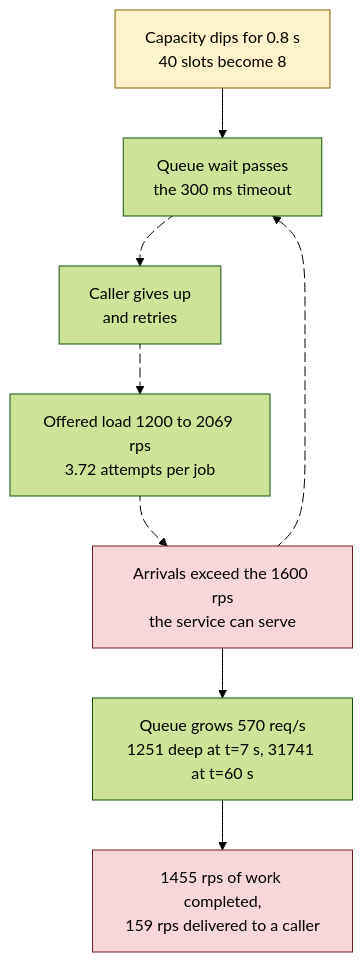
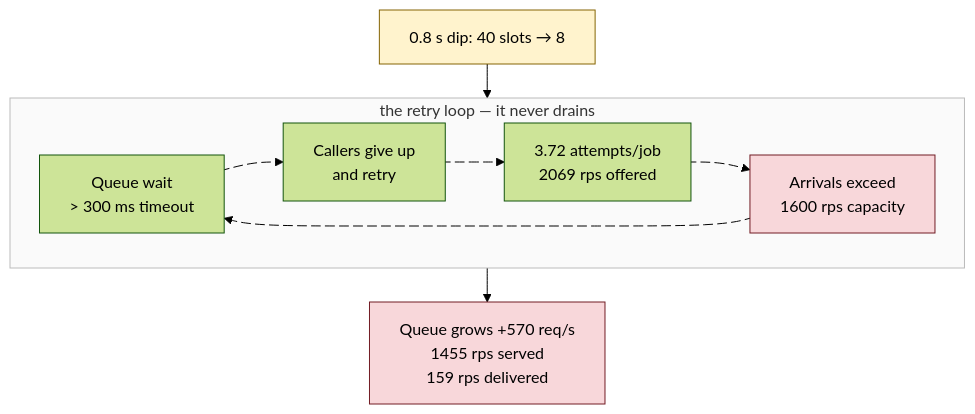
The diagram in markdown/system-design-interview/assets/004/01-loop.anim.mmd (haraGADygyl/medium-python-articles), drawn with Mermaid (forest theme) before and after one commit. The commit also changed 1 other file, not shown here.

Commit message:
feat: redraw 004's animated retry loop as a horizontal loop row
Three rows instead of seven: the dip, the loop laid out left to right with the
return edge underneath, and the outcome. 1940x820 instead of 718x1916.

Claude-Session: https://claude.ai/code/session_011vk3NQgjzhLnswYxwbd3wb

```diff
--- a/markdown/system-design-interview/assets/004/01-loop.anim.mmd
+++ b/markdown/system-design-interview/assets/004/01-loop.anim.mmd
@@ -1,15 +1,19 @@
-flowchart TD
-    A["Capacity dips for 0.8 s<br/>40 slots become 8"] --> B["Queue wait passes<br/>the 300 ms timeout"]
-    B loop1@--> C["Caller gives up<br/>and retries"]
-    C loop2@--> D["Offered load 1200 to 2069 rps<br/>3.72 attempts per job"]
-    D loop3@--> E["Arrivals exceed the 1600 rps<br/>the service can serve"]
-    E loop4@--> B
-    E --> F["Queue grows 570 req/s<br/>1251 deep at t=7 s, 31741 at t=60 s"]
-    F --> G["1455 rps of work completed,<br/>159 rps delivered to a caller"]
+%%{init: {"flowchart": {"rankSpacing": 34, "nodeSpacing": 30}}}%%
+flowchart TB
+    A["0.8 s dip: 40 slots → 8"] --> LOOP
+    subgraph LOOP ["the retry loop — it never drains"]
+        direction LR
+        B["Queue wait<br/>> 300 ms timeout"] loop1@--> C["Callers give up<br/>and retry"]
+        C loop2@--> D["3.72 attempts/job<br/>2069 rps offered"]
+        D loop3@--> E["Arrivals exceed<br/>1600 rps capacity"]
+        E loop4@--> B
+    end
+    LOOP --> F["Queue grows +570 req/s<br/>1455 rps served<br/>159 rps delivered"]
     loop1@{ animate: true }
     loop2@{ animate: true }
     loop3@{ animate: true }
     loop4@{ animate: true }
     style A fill:#fff3cd,stroke:#856404
     style E fill:#f8d7da,stroke:#721c24
-    style G fill:#f8d7da,stroke:#721c24
+    style F fill:#f8d7da,stroke:#721c24
+    style LOOP fill:#fafafa,stroke:#bbb,stroke-dasharray:0
```
